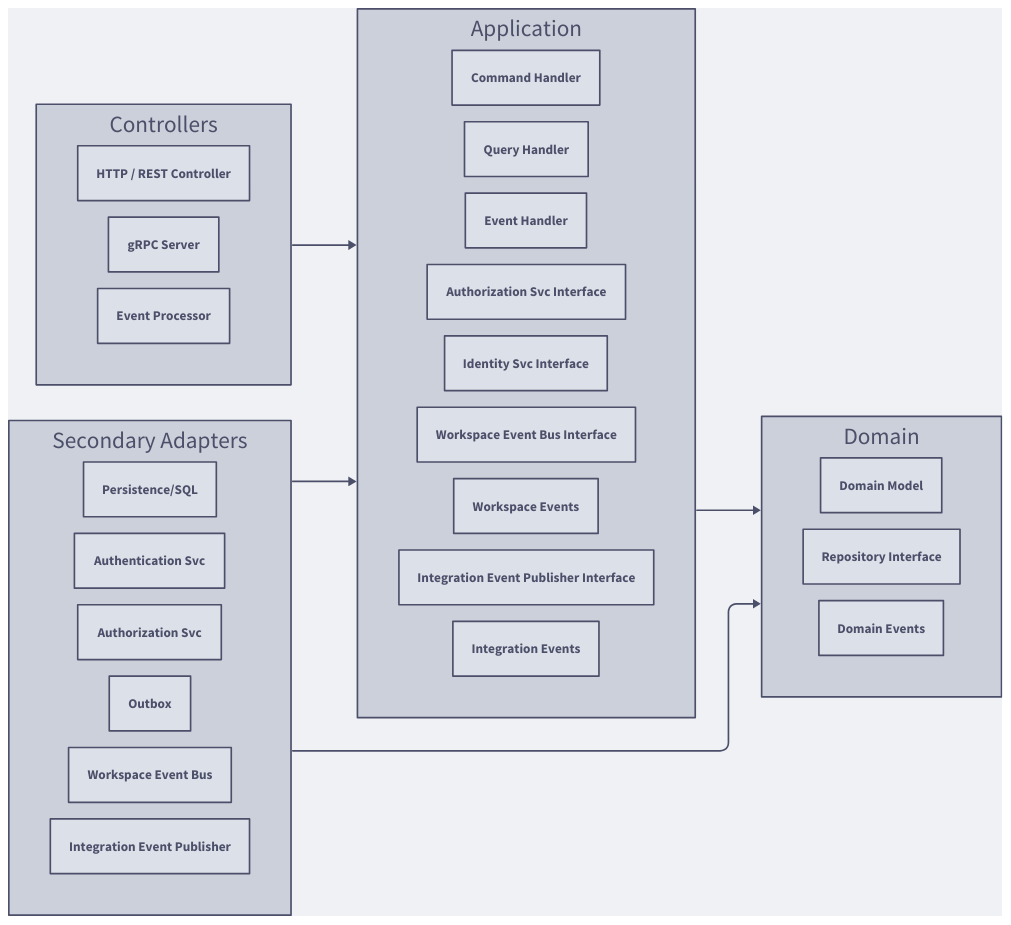
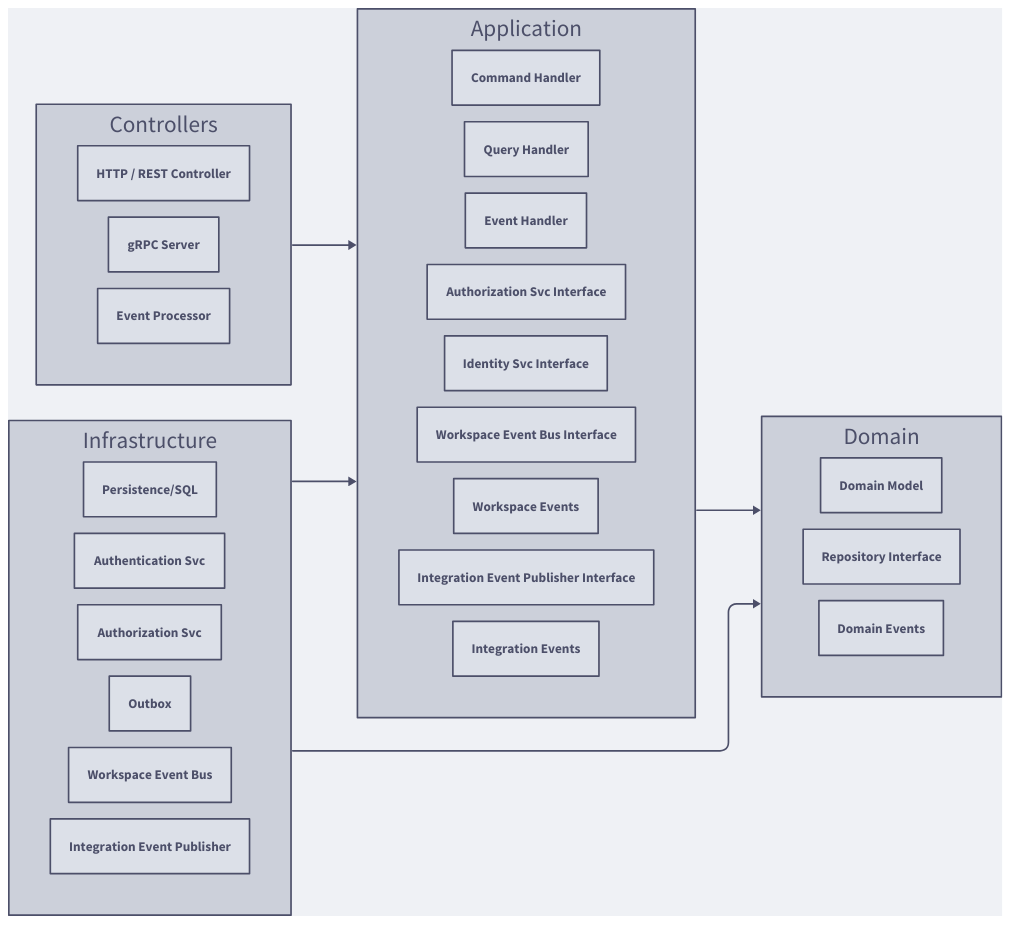
One commit to notopia-uit/notopia changed the diagram in docs/src/diagrams/note-architecture.d2. Above: the diagram before and after it, drawn with D2. The commit also changed 4 other files, not shown here.

```diff
--- a/docs/src/diagrams/note-architecture.d2
+++ b/docs/src/diagrams/note-architecture.d2
@@ -1,63 +1,62 @@
 direction: right
 
 vars: {
   d2-config: {
     layout-engine: elk
     theme-overrides: {
       N1: "#4c4f69"
       N2: "#5c5f77"
       N4: "#acb0be"
       N5: "#ccd0da"
       N7: "#eff1f5"
       B1: "#4c4f69"
       B2: "#6c6f85"
       B3: "#bcc0cc"
       B4: "#ccd0da"
       B5: "#dce0e8"
       B6: "#eff1f5"
       AA4: "#1e66f5"
       AA5: "#7287fd"
       AB4: "#8839ef"
       AB5: "#dc8a78"
     }
   }
 }
 
-Controllers: Controllers {
+controllers: Controllers {
   http: HTTP / REST Controller
   grpc: gRPC Server
   event: Event Processor
 }
 
-Application: Application {
+application: Application {
   command_handler: Command Handler
   query_handler: Query Handler
   event_handler: Event Handler
   authorization_svc_interface: Authorization Svc Interface
   identity_svc_interface: Identity Svc Interface
   workspace_event_bus_interface: Workspace Event Bus Interface
   workspace_events: Workspace Events
   integration_event_publisher_interface: Integration Event Publisher Interface
   integration_events: Integration Events
 }
 
-Domain: Domain {
+domain: Domain {
   model: Domain Model
   repository_interface: Repository Interface
   domain_event: Domain Events
 }
 
-Infrastructure: Secondary Adapters {
+infrastructure: Infrastructure {
   persistence: Persistence/SQL
   authentik_svc: Authentication Svc
   authorization_svc: Authorization Svc
   outbox: Outbox
   workspace_event_bus: Workspace Event Bus
   integration_event_publisher: Integration Event Publisher
 }
 
-Controllers -> Application
-Application -> Domain
-
-Infrastructure -> Application
-Infrastructure -> Domain
+application -> domain
+controllers -> application
+infrastructure -> application
+infrastructure -> domain
```
